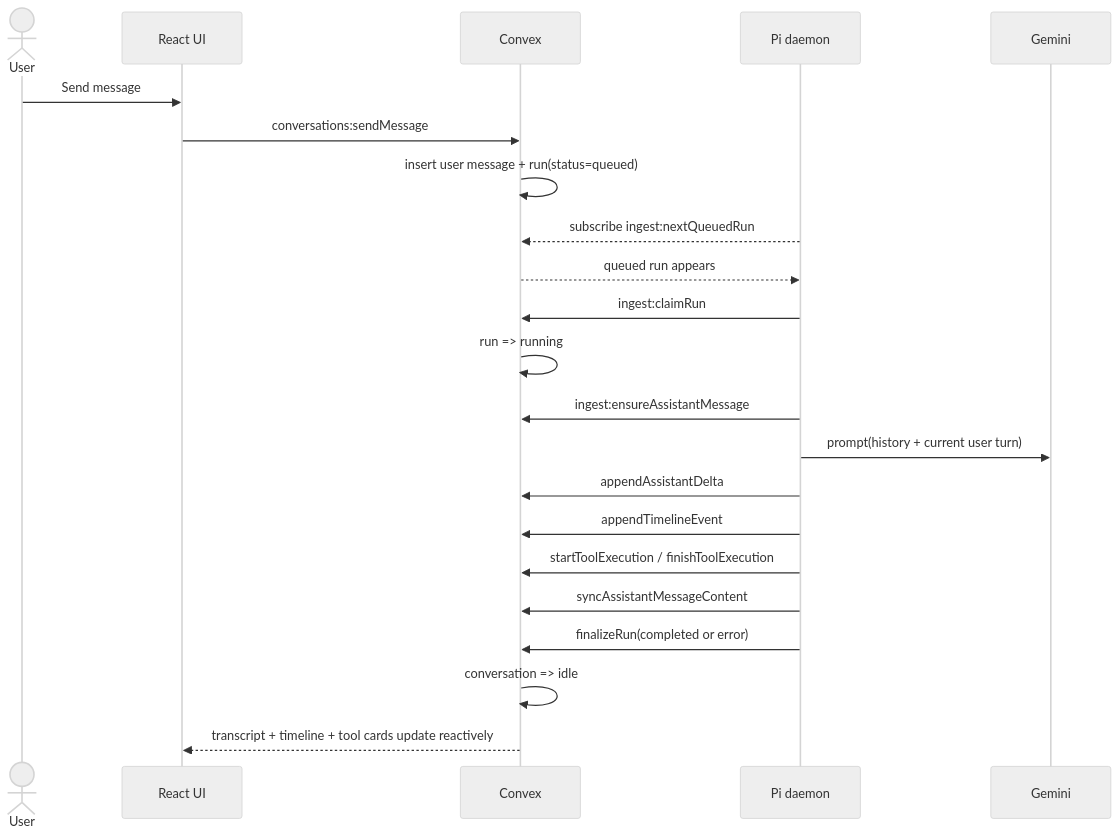
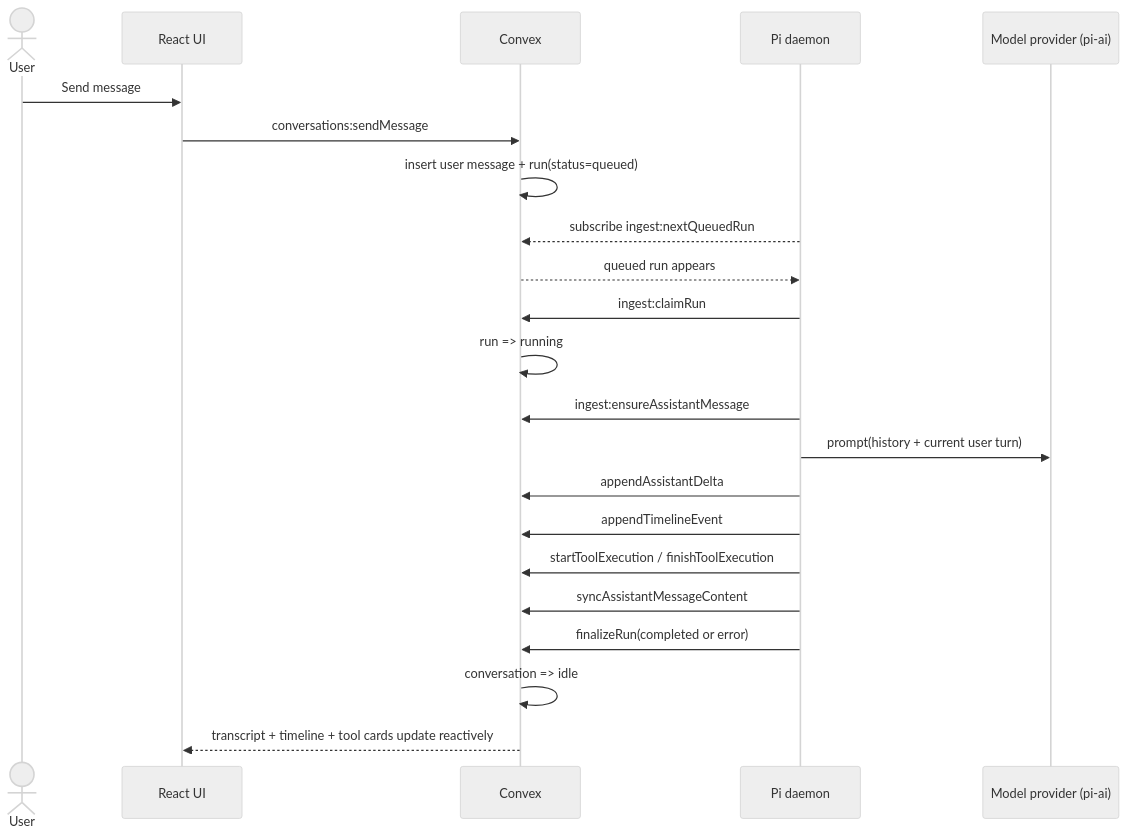
The fourth of 7 diagrams in README.md (AN-SWAPNIL/AgenticAI-Assignment), drawn with Mermaid (neutral theme) before and after one commit. The commit also changed other lines of this file and 24 other files, not shown here.

````diff
--- a/README.md
+++ b/README.md
@@ -137,25 +152,25 @@
 ```mermaid
 sequenceDiagram
   actor User
   participant UI as React UI
   participant CV as Convex
   participant AG as Pi daemon
-  participant GM as Gemini
+  participant MP as Model provider (pi-ai)
 
   User->>UI: Send message
   UI->>CV: conversations:sendMessage
   CV->>CV: insert user message + run(status=queued)
   AG-->>CV: subscribe ingest:nextQueuedRun
   CV-->>AG: queued run appears
   AG->>CV: ingest:claimRun
   CV->>CV: run => running
   AG->>CV: ingest:ensureAssistantMessage
-  AG->>GM: prompt(history + current user turn)
+  AG->>MP: prompt(history + current user turn)
   AG->>CV: appendAssistantDelta
   AG->>CV: appendTimelineEvent
   AG->>CV: startToolExecution / finishToolExecution
   AG->>CV: syncAssistantMessageContent
   AG->>CV: finalizeRun(completed or error)
   CV->>CV: conversation => idle
   CV-->>UI: transcript + timeline + tool cards update reactively
 ```
````
